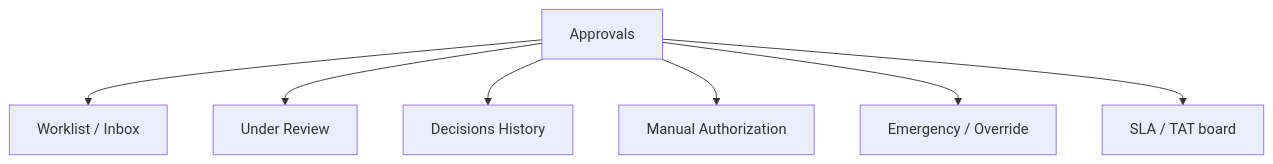
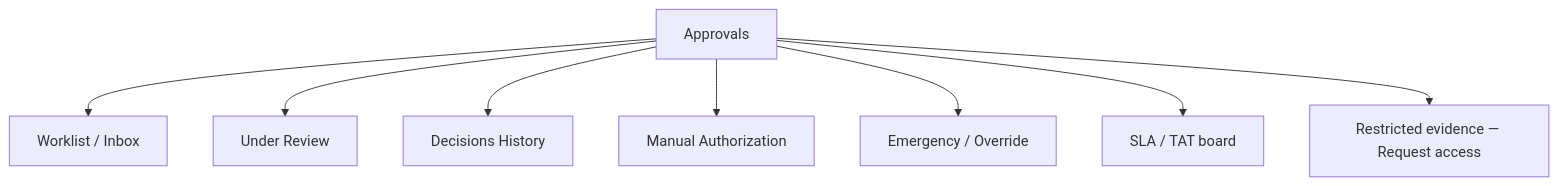
Before and after one commit to MohabFikry/HBMP: the fifth of 12 diagrams in HBMP-Design/14-navigation-structure.md, drawn with Mermaid. The commit also changed other lines of this file and 19 other files, not shown here.

````diff
--- a/HBMP-Design/14-navigation-structure.md
+++ b/HBMP-Design/14-navigation-structure.md
@@ -84,9 +100,10 @@
 ```mermaid
 flowchart TD
     A[Approvals] --> A1[Worklist / Inbox]
     A --> A2[Under Review]
     A --> A3[Decisions History]
     A --> A4[Manual Authorization]
     A --> A5[Emergency / Override]
     A --> A6[SLA / TAT board]
+    A --> A7[Restricted evidence — Request access]
 ```
````
